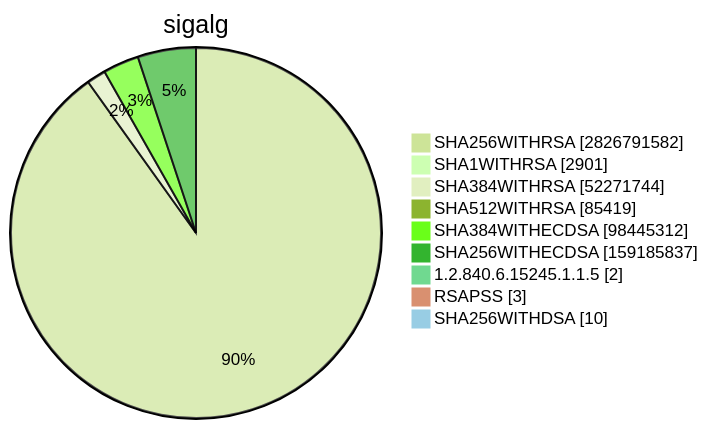
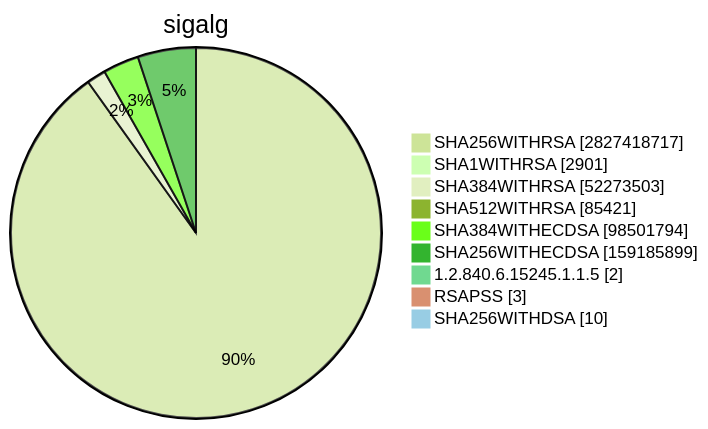
One commit to christiankrug/ctmonitor_visualization changed diagram 15 of 15 in TOTAL/README.md. Above: the diagram before and after it, drawn with Mermaid (forest theme). The commit also changed other lines of this file, not shown here.

````diff
--- a/TOTAL/README.md
+++ b/TOTAL/README.md
@@ -6205,13 +6205,13 @@
 ```mermaid
 pie showData
 title sigalg
-"SHA256WITHRSA" :2826791582
+"SHA256WITHRSA" :2827418717
 "SHA1WITHRSA" :2901
-"SHA384WITHRSA" :52271744
-"SHA512WITHRSA" :85419
-"SHA384WITHECDSA" :98445312
-"SHA256WITHECDSA" :159185837
+"SHA384WITHRSA" :52273503
+"SHA512WITHRSA" :85421
+"SHA384WITHECDSA" :98501794
+"SHA256WITHECDSA" :159185899
 "1.2.840.6.15245.1.1.5" :2
 "RSAPSS" :3
 "SHA256WITHDSA" :10
 ```
````
